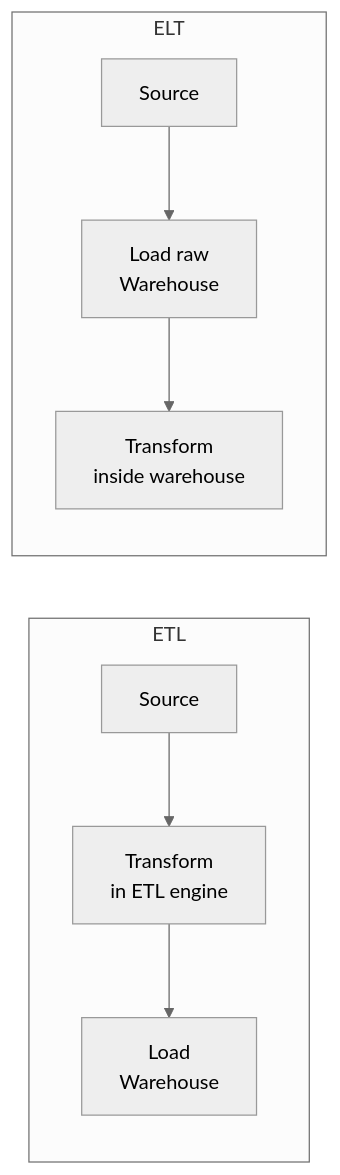
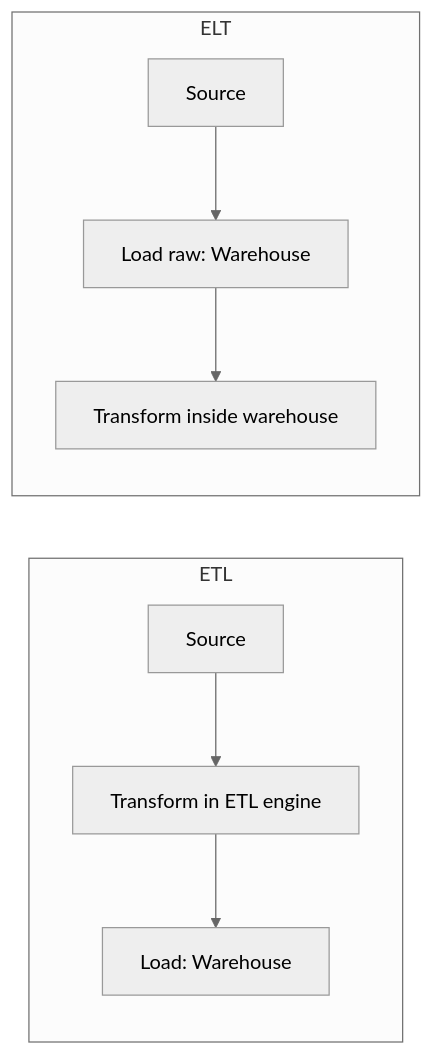
The diagram in documents/Theory_and_concepts/Datawarehouse.md (Panther010/learning), drawn with Mermaid (neutral theme) before and after one commit. The commit also changed other lines of this file and 2 other files, not shown here.

````diff
--- a/documents/Theory_and_concepts/Datawarehouse.md
+++ b/documents/Theory_and_concepts/Datawarehouse.md
@@ -52,11 +141,9 @@
 ```mermaid
 flowchart LR
     subgraph ETL
-    A1[Source] --> B1[Transform<br/>in ETL engine]
-    B1 --> C1[Load<br/>Warehouse]
+    A1[Source] --> B1[Transform in ETL engine] --> C1[Load: Warehouse]
     end
     subgraph ELT
-    A2[Source] --> B2[Load raw<br/>Warehouse]
-    B2 --> C2[Transform<br/>inside warehouse]
+    A2[Source] --> B2[Load raw: Warehouse] --> C2[Transform inside warehouse]
     end
 ```
````
